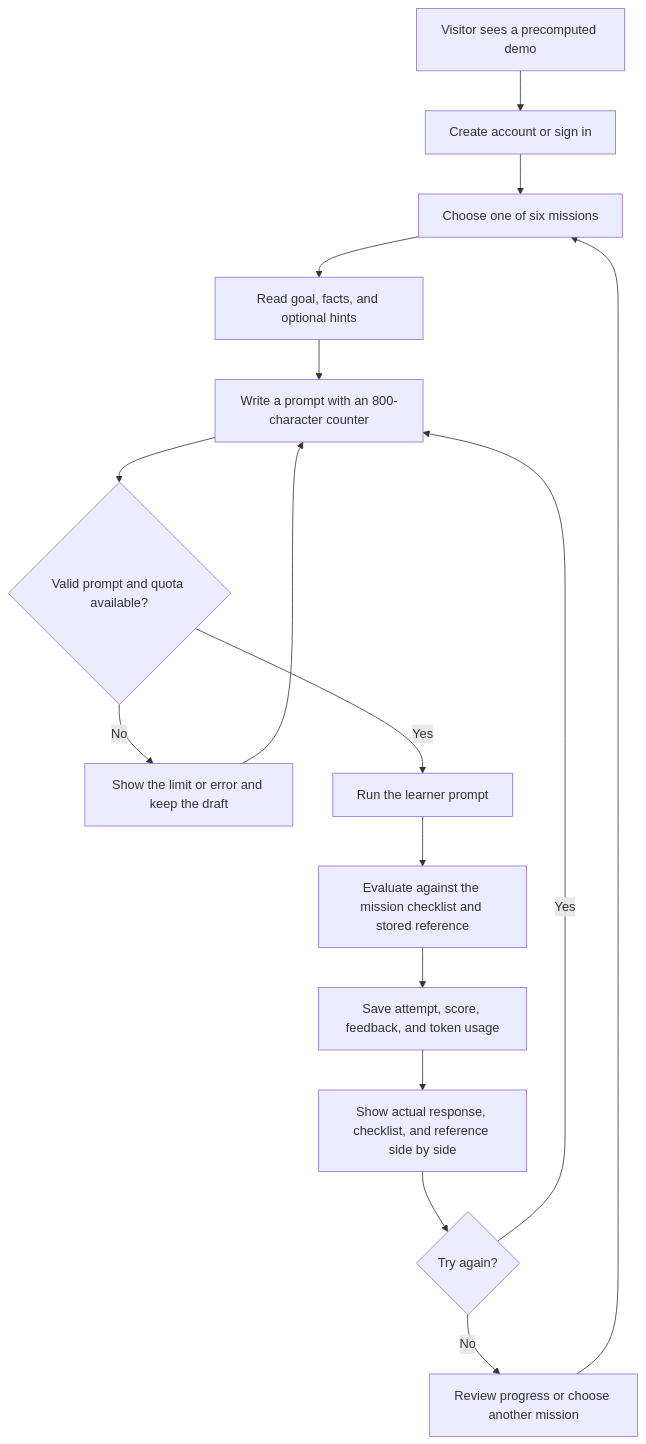
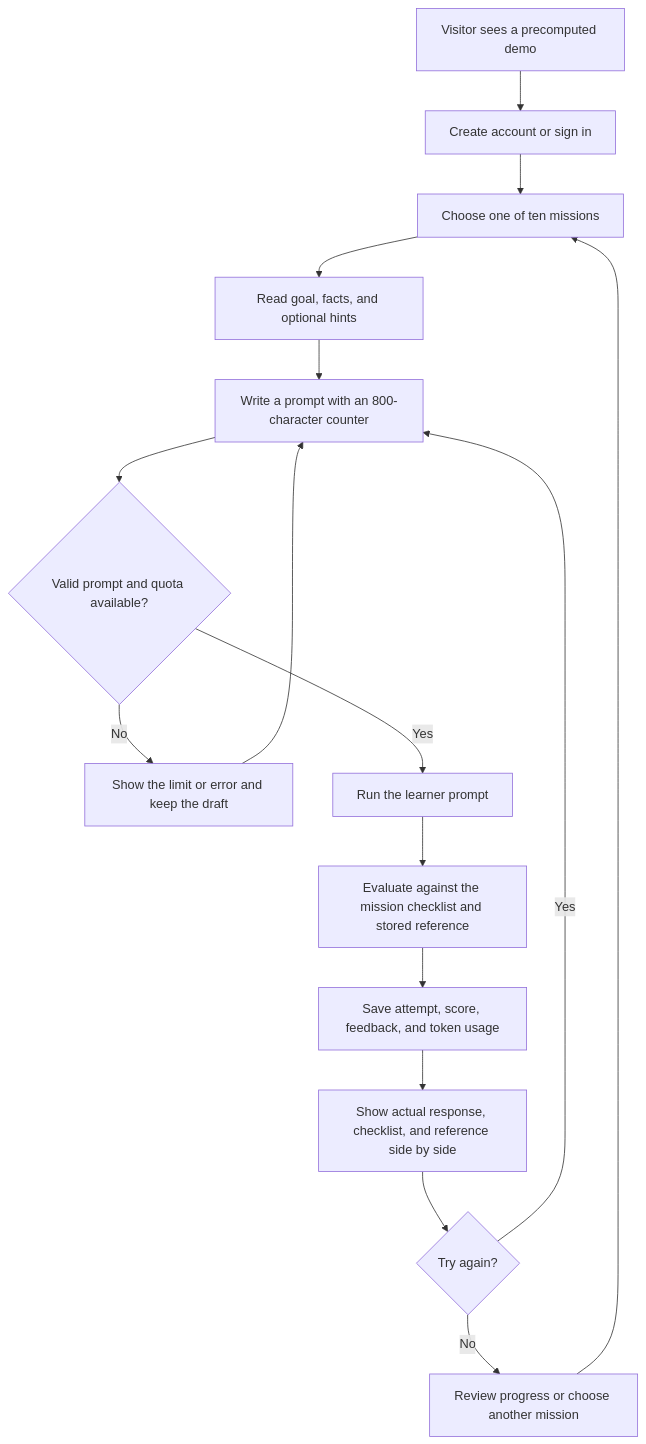
One commit to IslamOuda85/Contexer-AI_Dev_Tools_Zoomcamp changed the diagram in README.md. Above: the diagram before and after it, drawn with Mermaid. The commit also changed other lines of this file and 5 other files, not shown here.

Commit message:
Expand learner curriculum to ten missions

````diff
--- a/README.md
+++ b/README.md
@@ -30,18 +32,18 @@
 ```mermaid
 flowchart TD
     A[Visitor sees a precomputed demo] --> B[Create account or sign in]
-    B --> C[Choose one of six missions]
+    B --> C[Choose one of ten missions]
     C --> D[Read goal, facts, and optional hints]
     D --> E[Write a prompt with an 800-character counter]
     E --> F{Valid prompt and quota available?}
     F -- No --> G[Show the limit or error and keep the draft]
     G --> E
     F -- Yes --> H[Run the learner prompt]
     H --> I[Evaluate against the mission checklist and stored reference]
     I --> J[Save attempt, score, feedback, and token usage]
     J --> K[Show actual response, checklist, and reference side by side]
     K --> L{Try again?}
     L -- Yes --> E
     L -- No --> M[Review progress or choose another mission]
     M --> C
 ```
````
